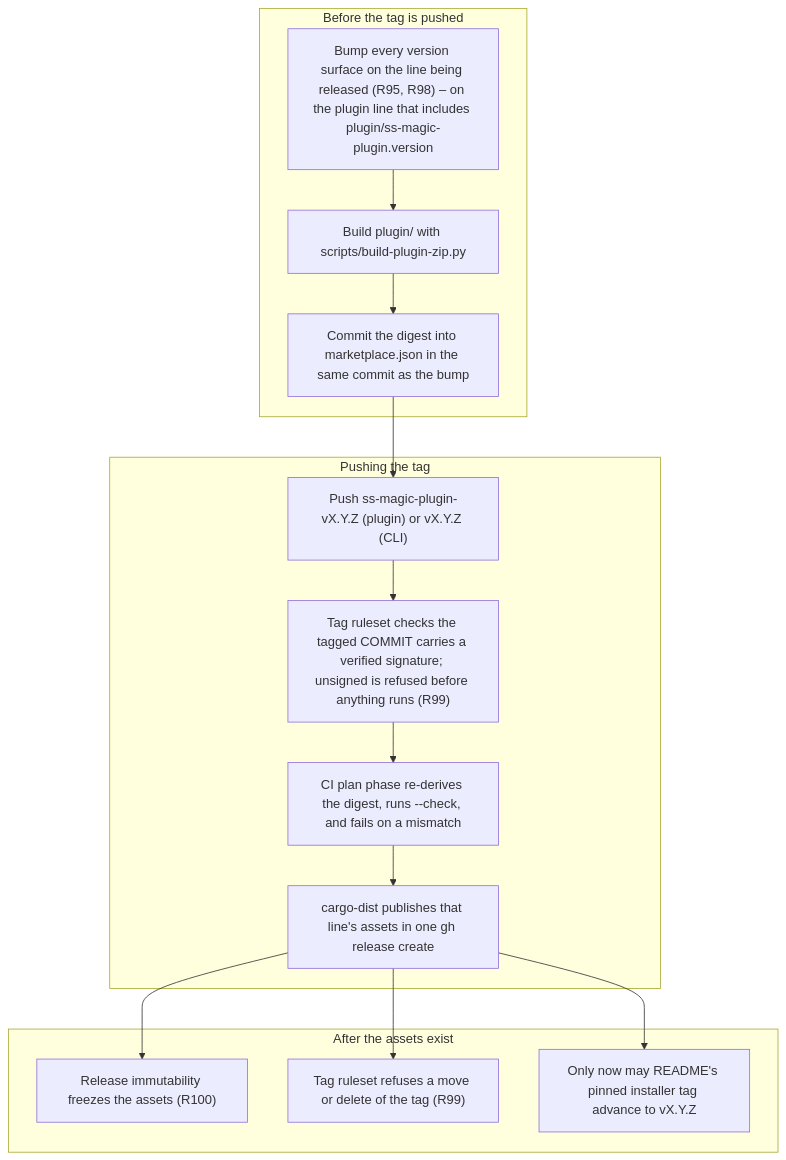
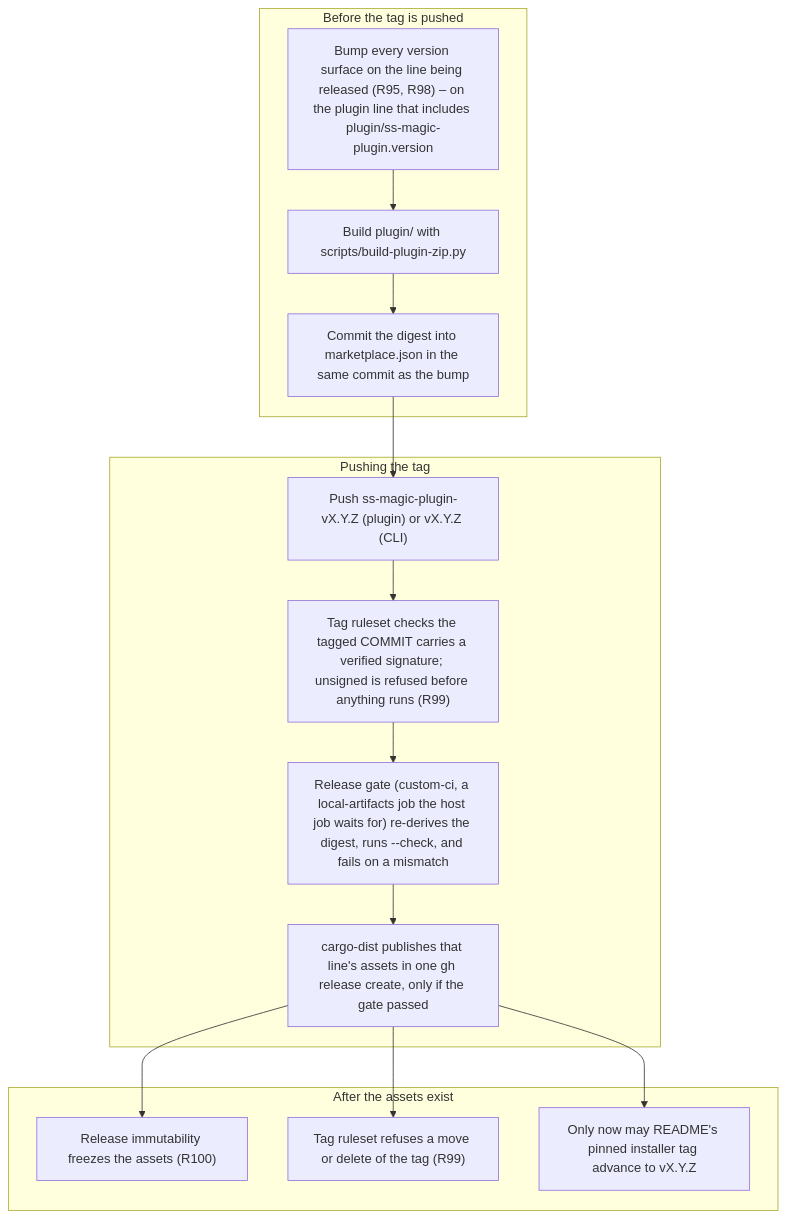
One commit to ViktorStiskala/superset-magic changed the diagram in docs/runbooks/forge-tag-and-release-protection.md. Above: the diagram before and after it, drawn with Mermaid. The commit also changed other lines of this file and 4 other files, not shown here.

First line of the commit message:
docs: record the empty-release incident and the release gate that prevents it

````diff
--- a/docs/runbooks/forge-tag-and-release-protection.md
+++ b/docs/runbooks/forge-tag-and-release-protection.md
@@ -45,18 +45,18 @@
 ```mermaid
 flowchart TD
   subgraph before["Before the tag is pushed"]
     A["Bump every version surface on the line being released (R95, R98) – on the plugin line that includes plugin/ss-magic-plugin.version"] --> B["Build plugin/ with scripts/build-plugin-zip.py"]
     B --> C["Commit the digest into marketplace.json in the same commit as the bump"]
   end
   subgraph tagging["Pushing the tag"]
     C --> D["Push ss-magic-plugin-vX.Y.Z (plugin) or vX.Y.Z (CLI)"]
     D --> S["Tag ruleset checks the tagged COMMIT carries a verified signature; unsigned is refused before anything runs (R99)"]
-    S --> E["CI plan phase re-derives the digest, runs --check, and fails on a mismatch"]
-    E --> F["cargo-dist publishes that line's assets in one gh release create"]
+    S --> E["Release gate (custom-ci, a local-artifacts job the host job waits for) re-derives the digest, runs --check, and fails on a mismatch"]
+    E --> F["cargo-dist publishes that line's assets in one gh release create, only if the gate passed"]
   end
   subgraph after["After the assets exist"]
     F --> G["Release immutability freezes the assets (R100)"]
     F --> H["Tag ruleset refuses a move or delete of the tag (R99)"]
     F --> I["Only now may README's pinned installer tag advance to vX.Y.Z"]
   end
 ```
````
